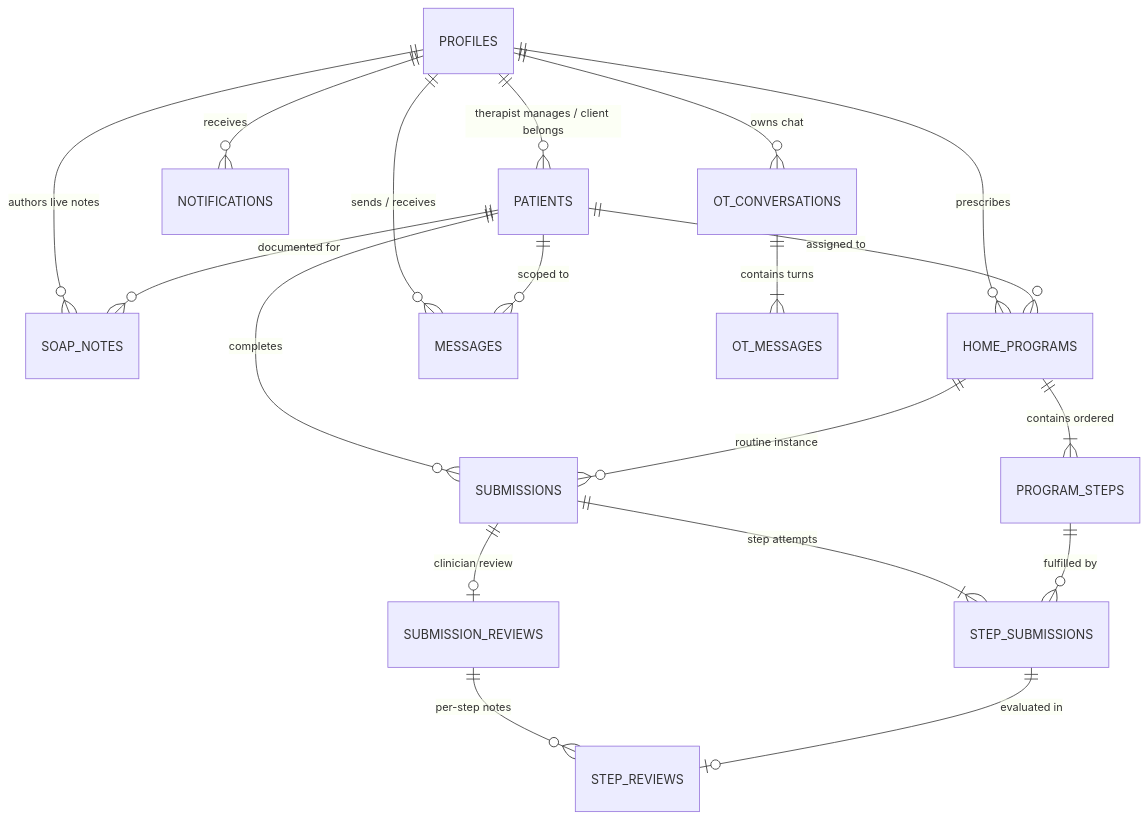
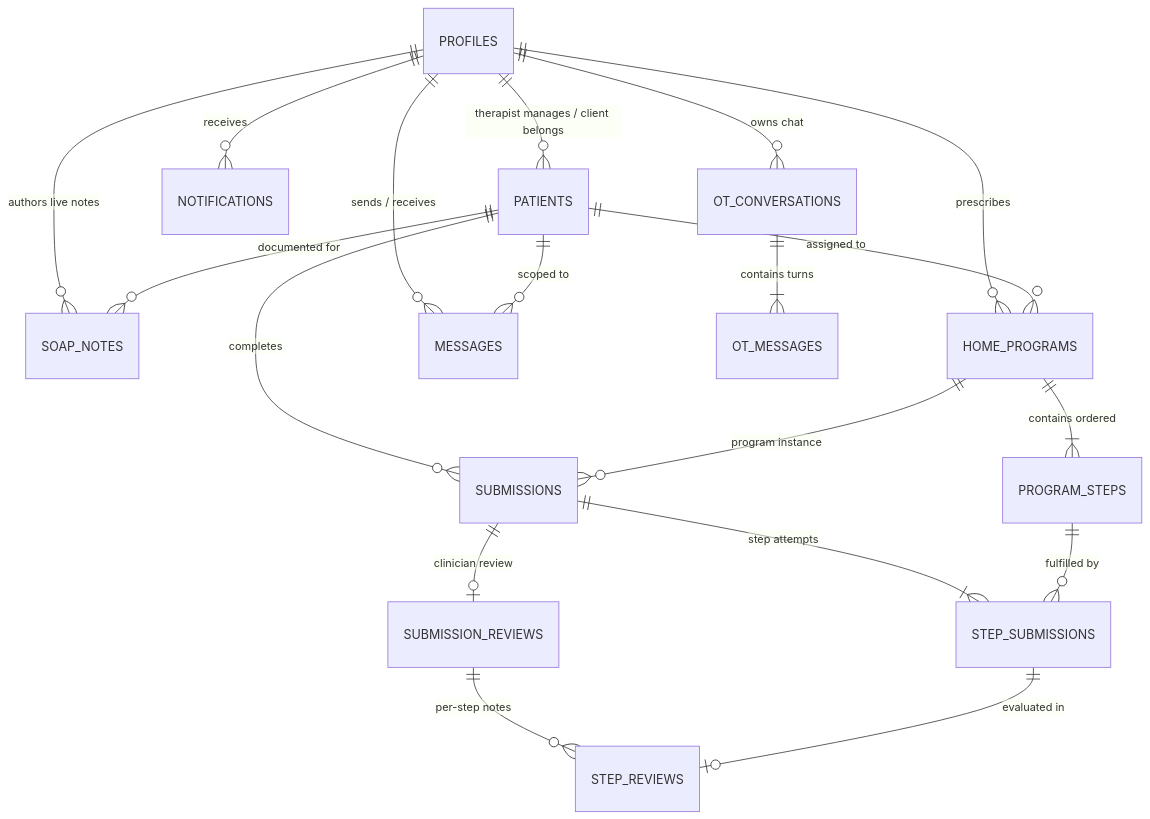
Before and after one commit to ernestpascual/aruga: the diagram in docs/DATABASE_DESIGN.md, drawn with Mermaid. The commit also changed other lines of this file and 61 other files, not shown here.

````diff
--- a/docs/DATABASE_DESIGN.md
+++ b/docs/DATABASE_DESIGN.md
@@ -22,27 +22,27 @@
 ```mermaid
 erDiagram
     PROFILES ||--o{ PATIENTS : "therapist manages / client belongs"
     PROFILES ||--o{ SOAP_NOTES : "authors live notes"
     PROFILES ||--o{ HOME_PROGRAMS : "prescribes"
     PROFILES ||--o{ NOTIFICATIONS : "receives"
     PROFILES ||--o{ MESSAGES : "sends / receives"
     PROFILES ||--o{ OT_CONVERSATIONS : "owns chat"
 
     PATIENTS ||--o{ HOME_PROGRAMS : "assigned to"
     PATIENTS ||--o{ SUBMISSIONS : "completes"
     PATIENTS ||--o{ SOAP_NOTES : "documented for"
     PATIENTS ||--o{ MESSAGES : "scoped to"
 
     HOME_PROGRAMS ||--|{ PROGRAM_STEPS : "contains ordered"
-    HOME_PROGRAMS ||--o{ SUBMISSIONS : "routine instance"
+    HOME_PROGRAMS ||--o{ SUBMISSIONS : "program instance"
 
     SUBMISSIONS ||--|{ STEP_SUBMISSIONS : "step attempts"
     SUBMISSIONS ||--o| SUBMISSION_REVIEWS : "clinician review"
 
     PROGRAM_STEPS ||--o{ STEP_SUBMISSIONS : "fulfilled by"
 
     SUBMISSION_REVIEWS ||--o{ STEP_REVIEWS : "per-step notes"
     STEP_SUBMISSIONS ||--o| STEP_REVIEWS : "evaluated in"
 
     OT_CONVERSATIONS ||--|{ OT_MESSAGES : "contains turns"
 ```
````
